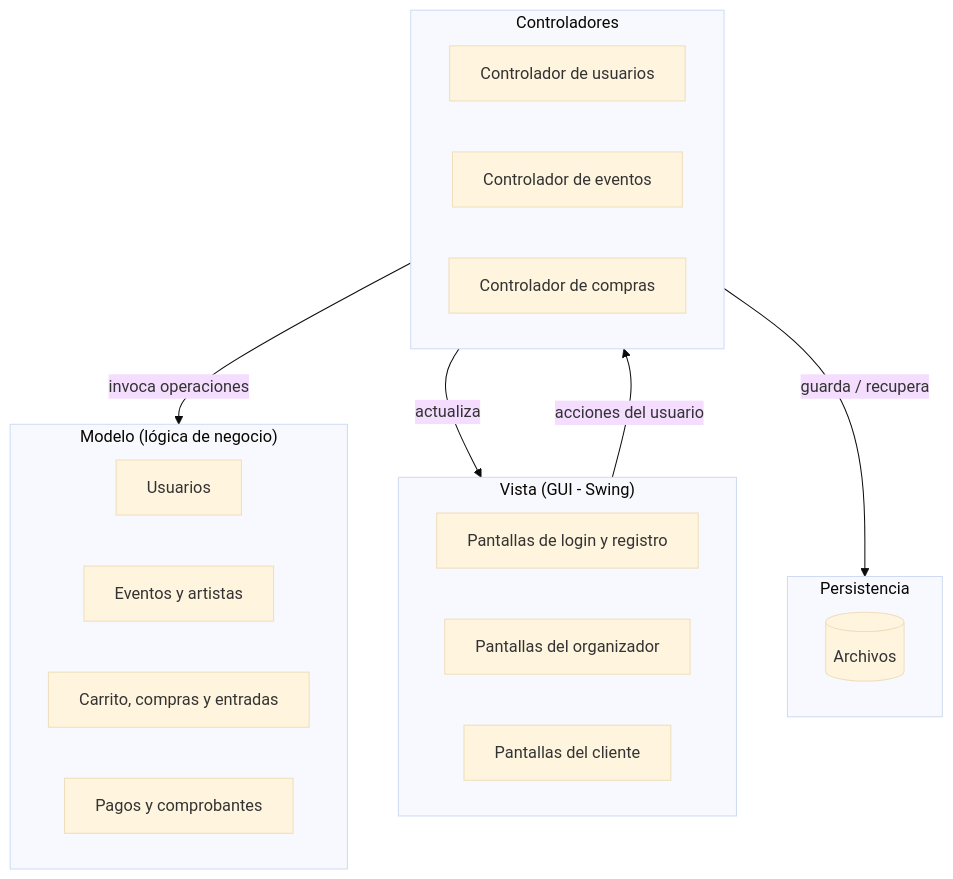
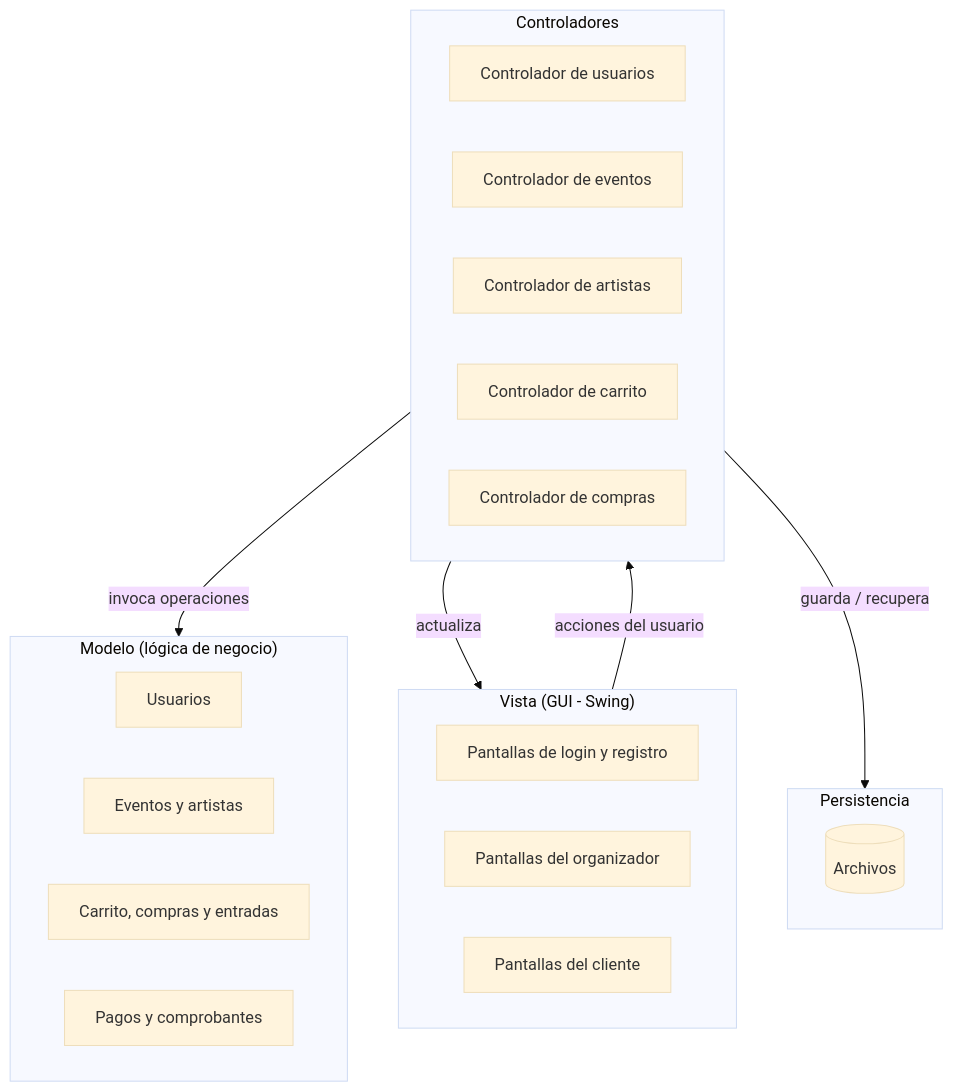
The diagram in docs/analisis/p2-descripcion-alto-nivel.md (AgustinSimonenco/gestion-eventos-musicales), drawn with Mermaid (base theme) before and after one commit. The commit also changed 4 other files, not shown here.

Commit message:
E2: diagrama de vista y controlador (p7) y de navegacion (p9)

````diff
--- a/docs/analisis/p2-descripcion-alto-nivel.md
+++ b/docs/analisis/p2-descripcion-alto-nivel.md
@@ -27,30 +27,32 @@
 ```mermaid
 flowchart TB
     subgraph Vista["Vista (GUI - Swing)"]
         V1[Pantallas de login y registro]
         V2[Pantallas del organizador]
         V3[Pantallas del cliente]
     end
 
     subgraph Controlador["Controladores"]
         C1[Controlador de usuarios]
         C2[Controlador de eventos]
+        C4[Controlador de artistas]
+        C5[Controlador de carrito]
         C3[Controlador de compras]
     end
 
     subgraph Modelo["Modelo (lógica de negocio)"]
         M1[Usuarios]
         M2[Eventos y artistas]
         M3[Carrito, compras y entradas]
         M4[Pagos y comprobantes]
     end
 
     subgraph Persistencia["Persistencia"]
         P1[(Archivos)]
     end
 
     Vista -->|acciones del usuario| Controlador
     Controlador -->|invoca operaciones| Modelo
     Controlador -->|actualiza| Vista
     Controlador -->|guarda / recupera| Persistencia
 ```
````
